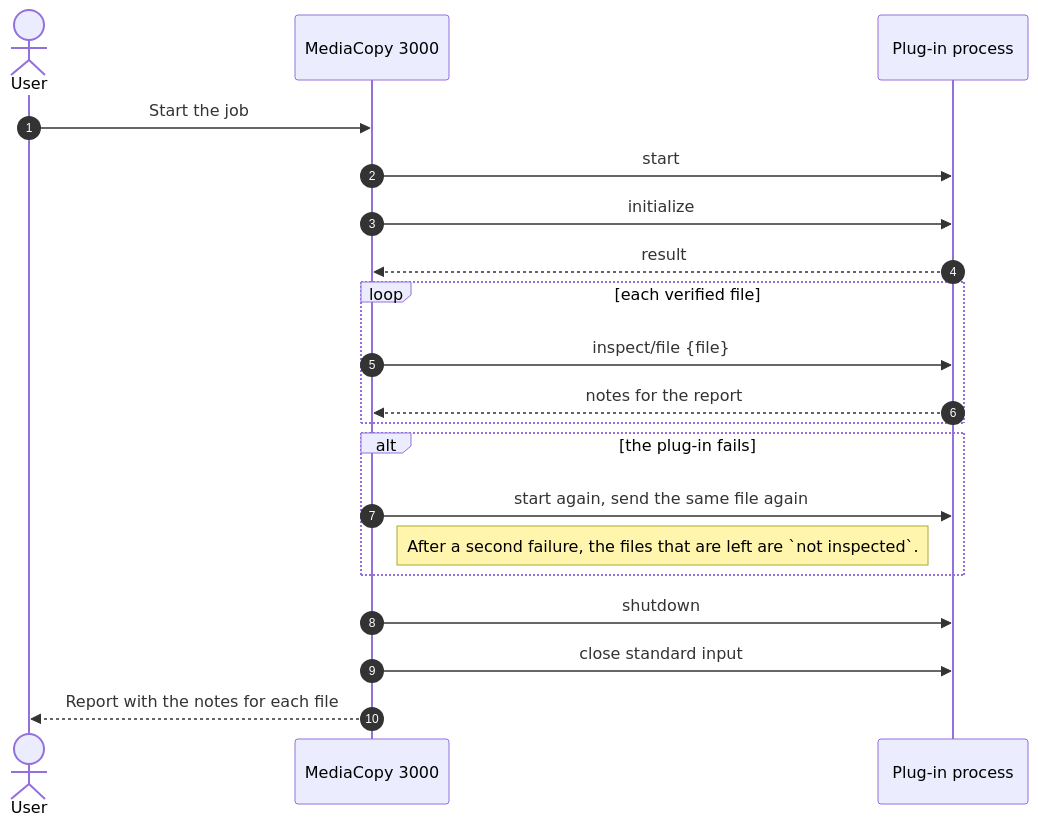
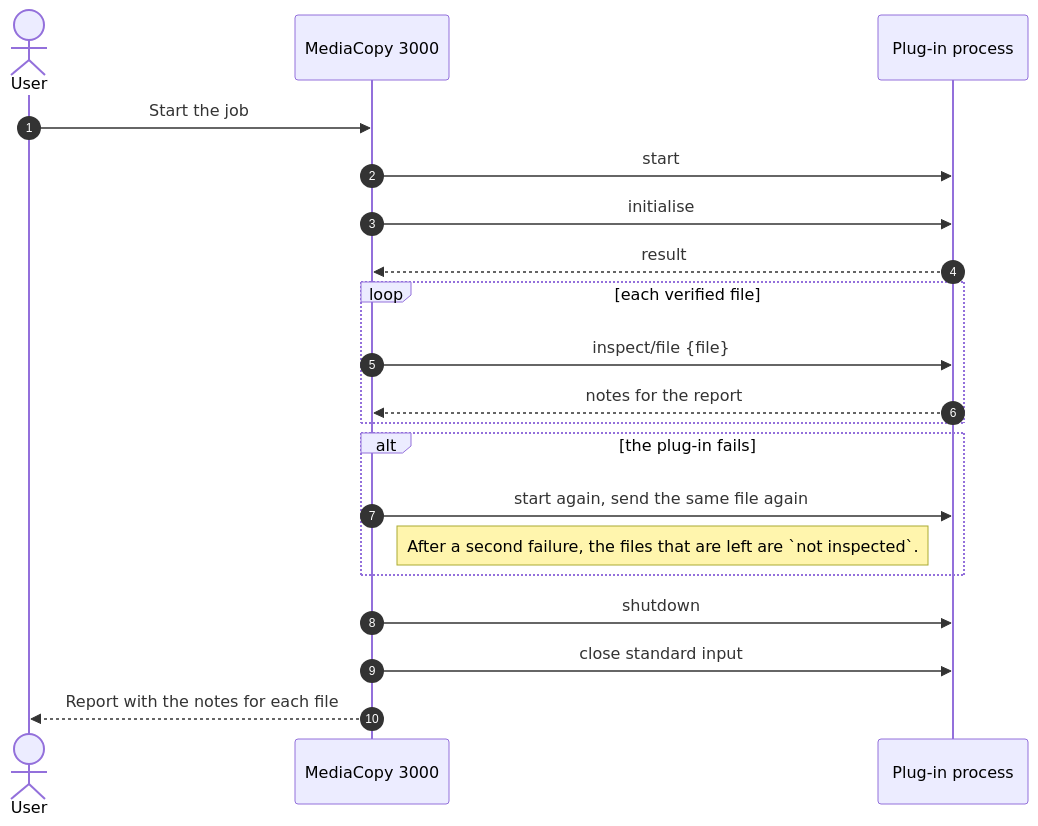
One commit to Floreal-Technologies/MediaCopy3000 changed the third of 4 diagrams in manual/en/plugins.md. Above: the diagram before and after it, drawn with Mermaid. The commit also changed other lines of this file and 55 other files, not shown here.

````diff
--- a/manual/en/plugins.md
+++ b/manual/en/plugins.md
@@ -322,23 +322,23 @@
 ```mermaid
 sequenceDiagram
     autonumber
     actor User
     participant MC3K as MediaCopy 3000
     participant Plugin as Plug-in process
 
     User->>MC3K: Start the job
     MC3K->>Plugin: start
-    MC3K->>Plugin: initialize
+    MC3K->>Plugin: initialise
     Plugin-->>MC3K: result
     loop each verified file
         MC3K->>Plugin: inspect/file {file}
         Plugin-->>MC3K: notes for the report
     end
     alt the plug-in fails
         MC3K->>Plugin: start again, send the same file again
         note right of MC3K: After a second failure, the files that are left are `not inspected`.
     end
     MC3K->>Plugin: shutdown
     MC3K->>Plugin: close standard input
     MC3K-->>User: Report with the notes for each file
 ```
````
